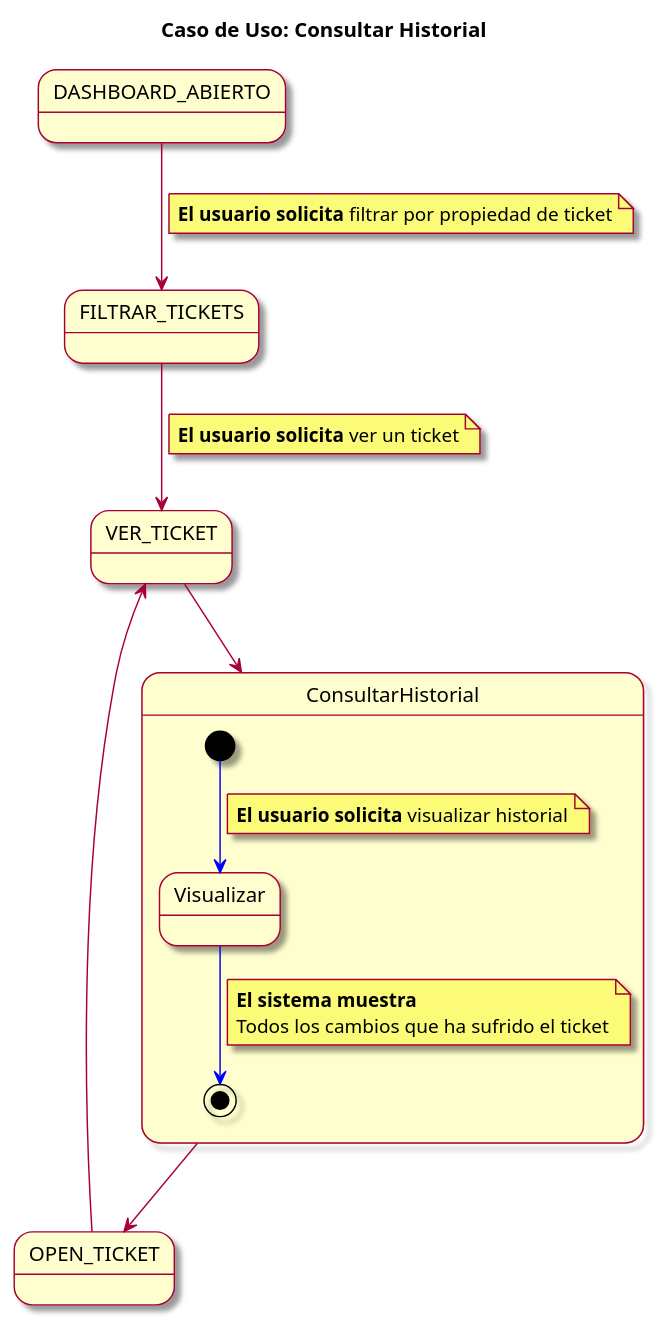
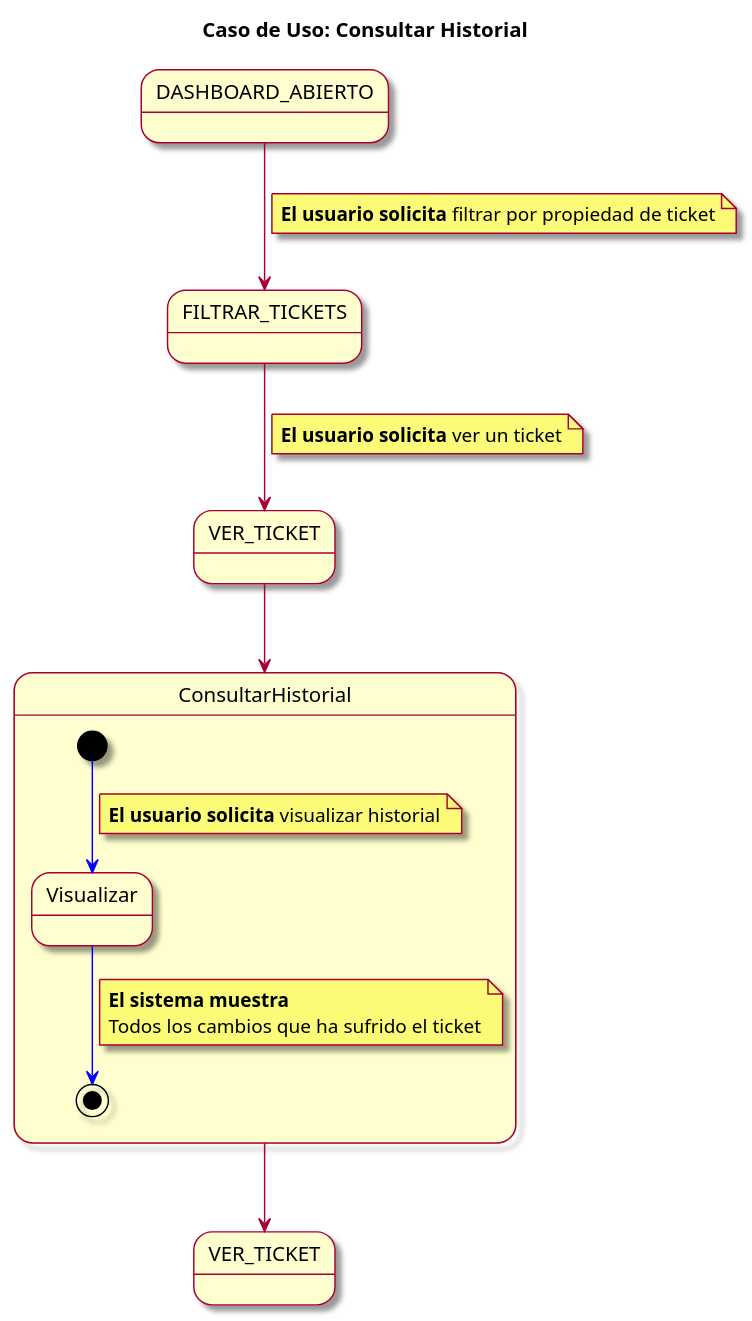
One commit to mmasias/23-24-IdSw1-SDR changed the diagram in modelosUML/CasosDeUsos/CasosDetallados/ConsultarHistorial.puml. Above: the diagram before and after it, drawn with PlantUML. The commit also changed 11 other files, not shown here.

```diff
--- a/modelosUML/CasosDeUsos/CasosDetallados/ConsultarHistorial.puml
+++ b/modelosUML/CasosDeUsos/CasosDetallados/ConsultarHistorial.puml
@@ -1,32 +1,32 @@
 @startuml
 skin rose
 title Caso de Uso: Consultar Historial
 
 state DASHBOARD_ABIERTO
-state OPEN_TICKET
+state "VER_TICKET" as VER_TICKET2
 
 
 DASHBOARD_ABIERTO --> FILTRAR_TICKETS
 note on link: **El usuario solicita** filtrar por propiedad de ticket
 FILTRAR_TICKETS --> VER_TICKET
 note on link: **El usuario solicita** ver un ticket
 VER_TICKET --> ConsultarHistorial
-ConsultarHistorial --> OPEN_TICKET
-OPEN_TICKET --> VER_TICKET
+ConsultarHistorial --> VER_TICKET2
+
 
 
 state ConsultarHistorial {
   [*] -[#blue]-> visualizarHistorial
   note on link: **El usuario solicita** visualizar historial
   state "Visualizar" as visualizarHistorial
   visualizarHistorial -[#blue]-> [*]
 note on link
   **El sistema muestra**
   Todos los cambios que ha sufrido el ticket
 end note
 }
 
 
 
 
 @enduml
```
